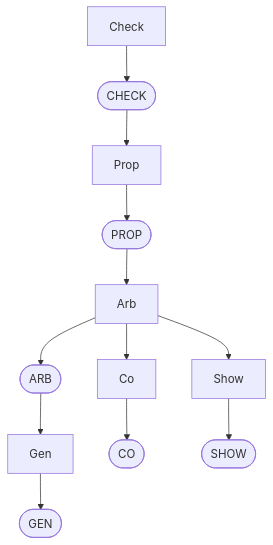
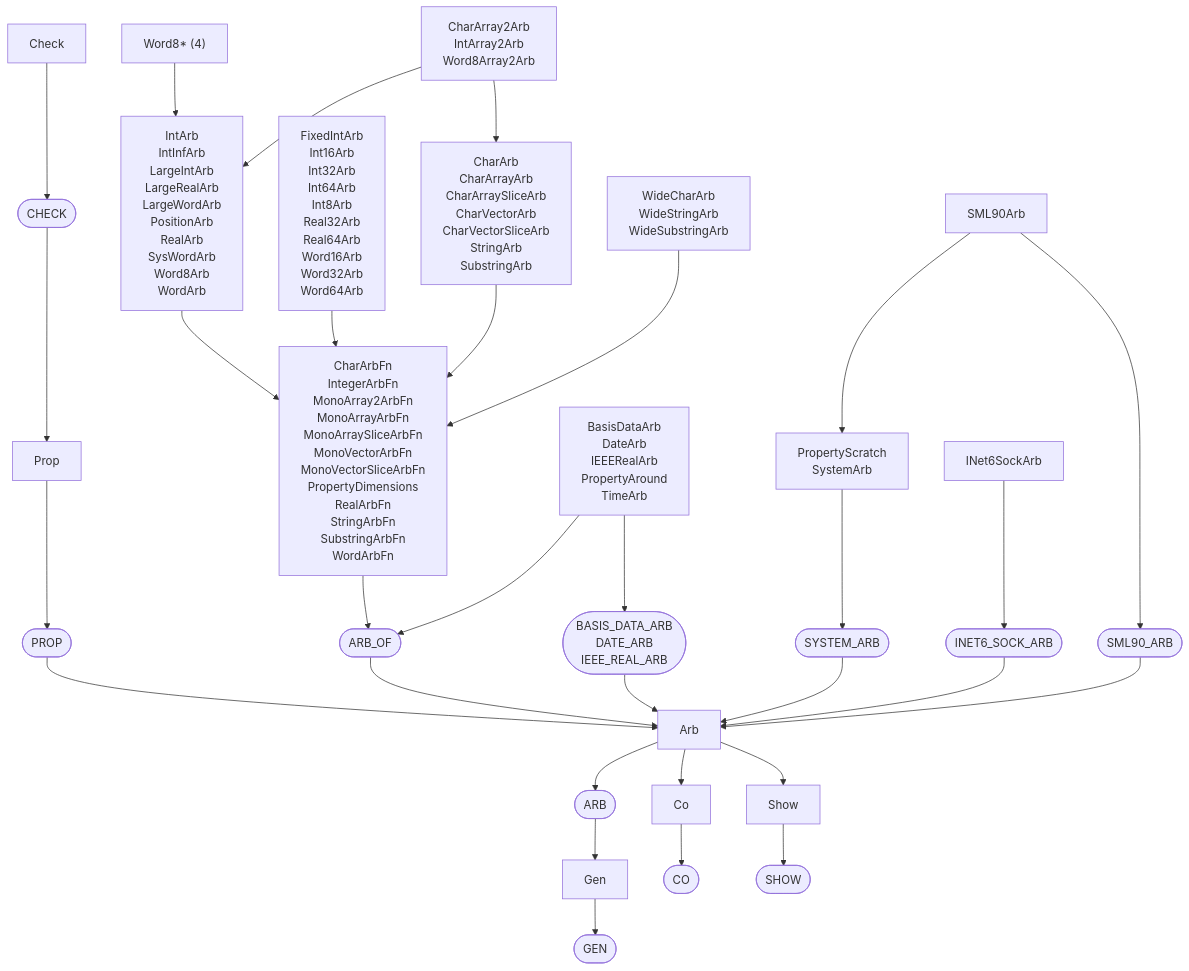
One commit to ruudkoot/rune changed the third of 3 diagrams in docs/generated/test/property/depends.md. Above: the diagram before and after it, drawn with Mermaid. The commit also changed other lines of this file and 134 other files, not shown here.

First line of the commit message:
Give lib/test/property the Basis's instances, and freeze its generators (quickcheck M6)

````diff
--- a/docs/generated/test/property/depends.md
+++ b/docs/generated/test/property/depends.md
@@ -40,26 +40,61 @@
 ```mermaid
 flowchart TD
   n1(["GEN"])
   n2["Gen"]
   n3(["CO"])
   n4["Co"]
   n5(["SHOW"])
   n6["Show"]
   n7(["ARB"])
   n8["Arb"]
   n9(["PROP"])
   n10["Prop"]
   n11(["CHECK"])
   n12["Check"]
+  n13(["ARB_OF"])
+  n14["CharArbFn<br>IntegerArbFn<br>MonoArray2ArbFn<br>MonoArrayArbFn<br>MonoArraySliceArbFn<br>MonoVectorArbFn<br>MonoVectorSliceArbFn<br>PropertyDimensions<br>RealArbFn<br>StringArbFn<br>SubstringArbFn<br>WordArbFn"]
+  n15(["BASIS_DATA_ARB<br>DATE_ARB<br>IEEE_REAL_ARB"])
+  n16["BasisDataArb<br>DateArb<br>IEEERealArb<br>PropertyAround<br>TimeArb"]
+  n17["IntArb<br>IntInfArb<br>LargeIntArb<br>LargeRealArb<br>LargeWordArb<br>PositionArb<br>RealArb<br>SysWordArb<br>Word8Arb<br>WordArb"]
+  n18["FixedIntArb<br>Int16Arb<br>Int32Arb<br>Int64Arb<br>Int8Arb<br>Real32Arb<br>Real64Arb<br>Word16Arb<br>Word32Arb<br>Word64Arb"]
+  n19["CharArb<br>CharArrayArb<br>CharArraySliceArb<br>CharVectorArb<br>CharVectorSliceArb<br>StringArb<br>SubstringArb"]
+  n20["WideCharArb<br>WideStringArb<br>WideSubstringArb"]
+  n21["Word8* (4)"]
+  n22["CharArray2Arb<br>IntArray2Arb<br>Word8Array2Arb"]
+  n23(["SYSTEM_ARB"])
+  n24["PropertyScratch<br>SystemArb"]
+  n25(["INET6_SOCK_ARB"])
+  n26["INet6SockArb"]
+  n27(["SML90_ARB"])
+  n28["SML90Arb"]
   n2 --> n1
   n4 --> n3
   n6 --> n5
   n7 --> n2
   n8 --> n7
   n8 --> n4
   n8 --> n6
   n9 --> n8
   n10 --> n9
   n11 --> n10
   n12 --> n11
+  n13 --> n8
+  n14 --> n13
+  n15 --> n8
+  n16 --> n13
+  n16 --> n15
+  n17 --> n14
+  n18 --> n14
+  n19 --> n14
+  n20 --> n14
+  n21 --> n17
+  n22 --> n19
+  n22 --> n17
+  n23 --> n8
+  n24 --> n23
+  n25 --> n8
+  n26 --> n25
+  n27 --> n8
+  n28 --> n24
+  n28 --> n27
 ```
````
